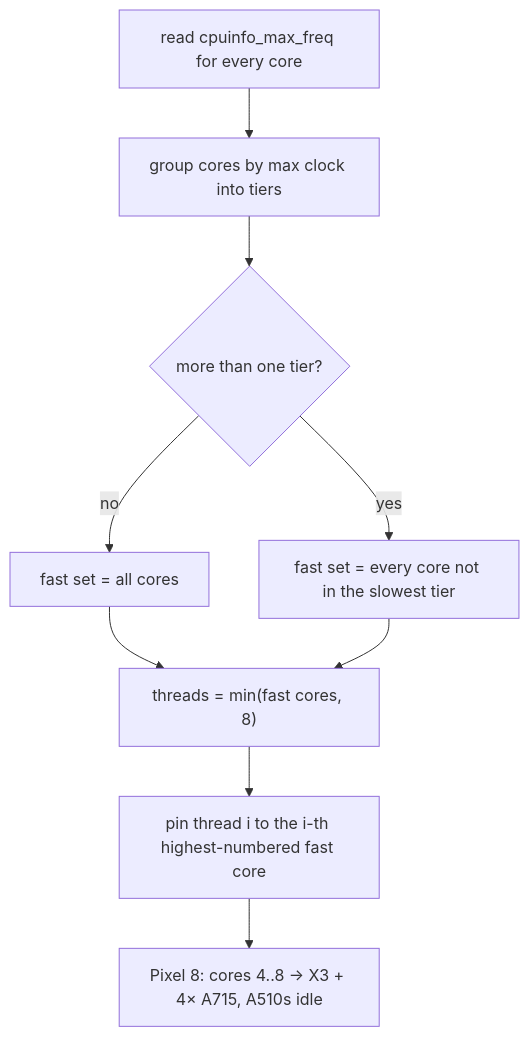
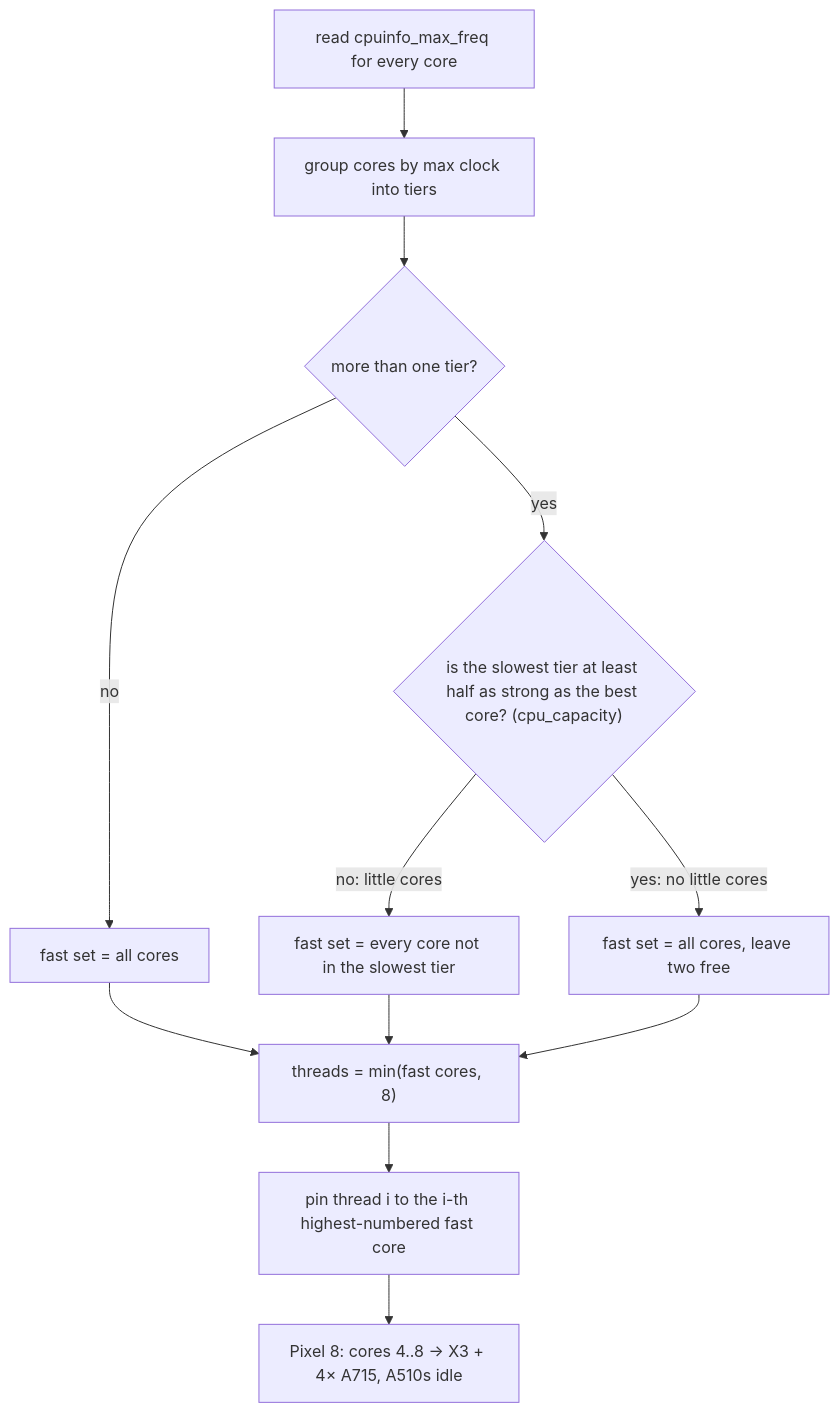
The second of 2 diagrams in docs/CONCEPTS.md (RaihanulHaque/kiln), drawn with Mermaid before and after one commit. The commit also changed other lines of this file and 72 other files, not shown here.

First line of the commit message:
Core selection for chips with no little cores; first Snapdragon run (Galaxy S26 Ultra)

````diff
--- a/docs/CONCEPTS.md
+++ b/docs/CONCEPTS.md
@@ -69,11 +70,14 @@
 ```mermaid
 flowchart TD
     A["read cpuinfo_max_freq for every core"] --> B["group cores by max clock into tiers"]
     B --> C{"more than one tier?"}
     C -- no --> D["fast set = all cores"]
-    C -- yes --> E["fast set = every core not in the slowest tier"]
+    C -- yes --> S{"is the slowest tier at least half as strong as the best core? (cpu_capacity)"}
+    S -- no: little cores --> E["fast set = every core not in the slowest tier"]
+    S -- yes: no little cores --> K["fast set = all cores, leave two free"]
     D --> F["threads = min(fast cores, 8)"]
     E --> F
+    K --> F
     F --> G["pin thread i to the i-th highest-numbered fast core"]
     G --> H["Pixel 8: cores 4..8 → X3 + 4× A715, A510s idle"]
 ```
````
